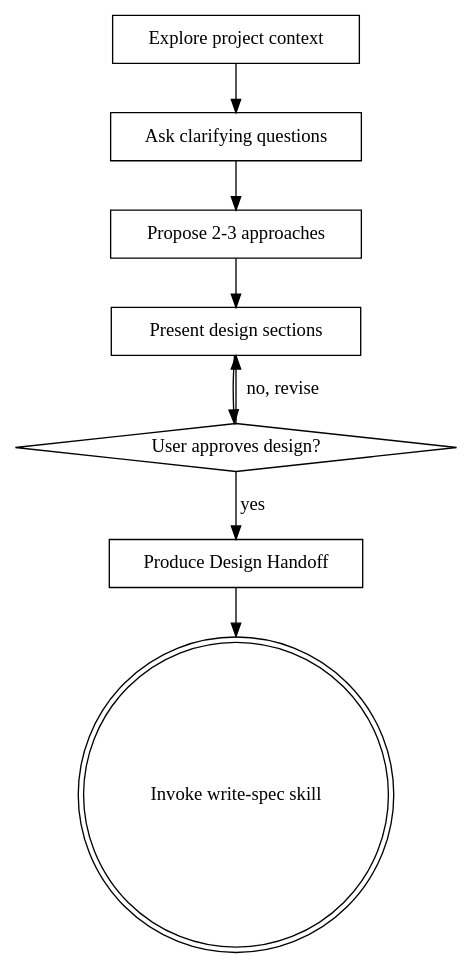
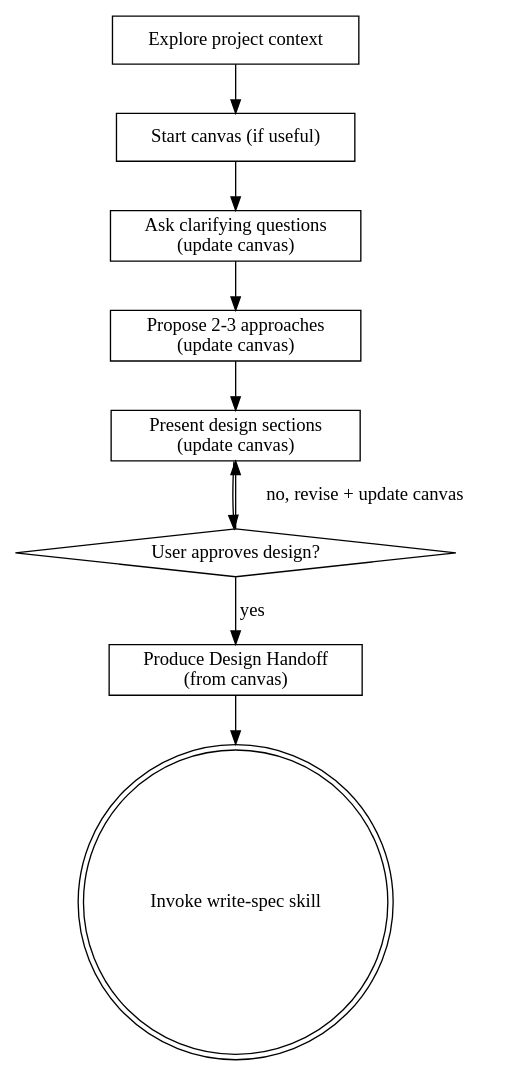
The diagram in skills/brainstorming/SKILL.md (D3nnis72/Playbook), drawn with Graphviz before and after one commit. The commit also changed other lines of this file and 12 other files, not shown here.

````diff
--- a/skills/brainstorming/SKILL.md
+++ b/skills/brainstorming/SKILL.md
@@ -36,19 +36,21 @@
 ```dot
 digraph brainstorming {
     "Explore project context" [shape=box];
-    "Ask clarifying questions" [shape=box];
-    "Propose 2-3 approaches" [shape=box];
-    "Present design sections" [shape=box];
+    "Start canvas (if useful)" [shape=box];
+    "Ask clarifying questions\n(update canvas)" [shape=box];
+    "Propose 2-3 approaches\n(update canvas)" [shape=box];
+    "Present design sections\n(update canvas)" [shape=box];
     "User approves design?" [shape=diamond];
-    "Produce Design Handoff" [shape=box];
+    "Produce Design Handoff\n(from canvas)" [shape=box];
     "Invoke write-spec skill" [shape=doublecircle];
 
-    "Explore project context" -> "Ask clarifying questions";
-    "Ask clarifying questions" -> "Propose 2-3 approaches";
-    "Propose 2-3 approaches" -> "Present design sections";
-    "Present design sections" -> "User approves design?";
-    "User approves design?" -> "Present design sections" [label="no, revise"];
-    "User approves design?" -> "Produce Design Handoff" [label="yes"];
-    "Produce Design Handoff" -> "Invoke write-spec skill";
+    "Explore project context" -> "Start canvas (if useful)";
+    "Start canvas (if useful)" -> "Ask clarifying questions\n(update canvas)";
+    "Ask clarifying questions\n(update canvas)" -> "Propose 2-3 approaches\n(update canvas)";
+    "Propose 2-3 approaches\n(update canvas)" -> "Present design sections\n(update canvas)";
+    "Present design sections\n(update canvas)" -> "User approves design?";
+    "User approves design?" -> "Present design sections\n(update canvas)" [label="no, revise + update canvas"];
+    "User approves design?" -> "Produce Design Handoff\n(from canvas)" [label="yes"];
+    "Produce Design Handoff\n(from canvas)" -> "Invoke write-spec skill";
 }
 ```
````
